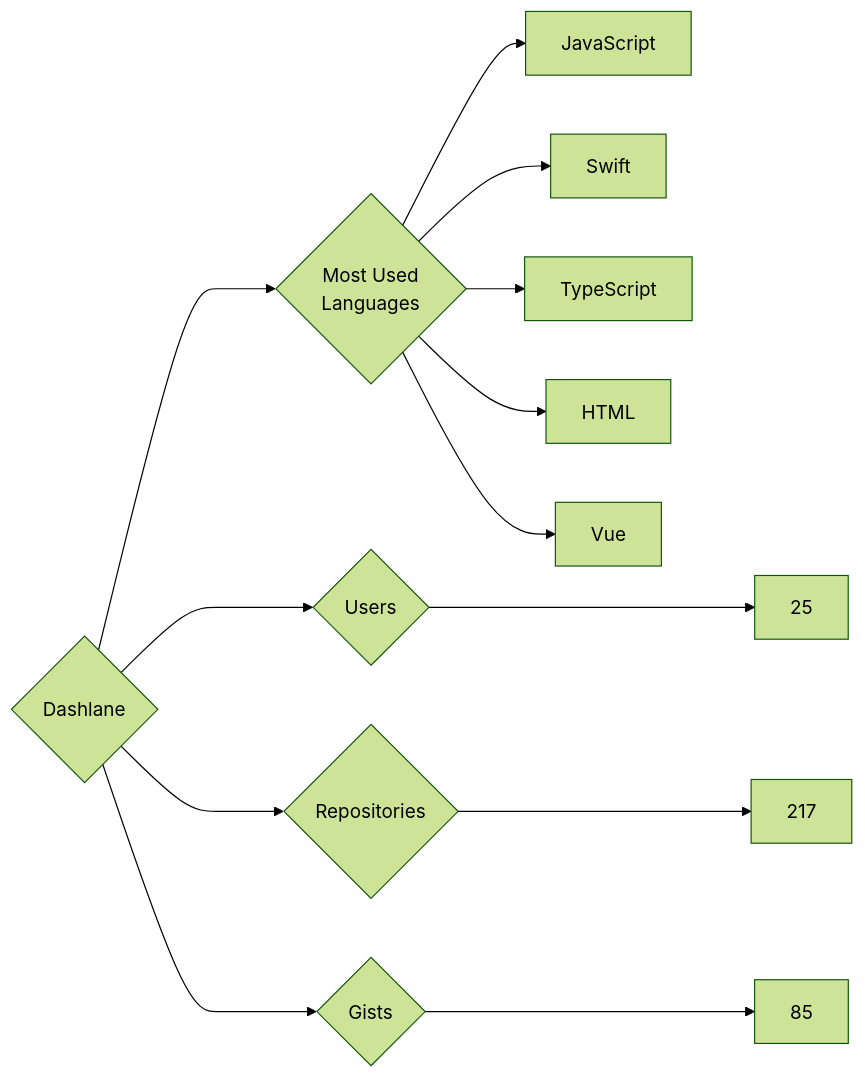
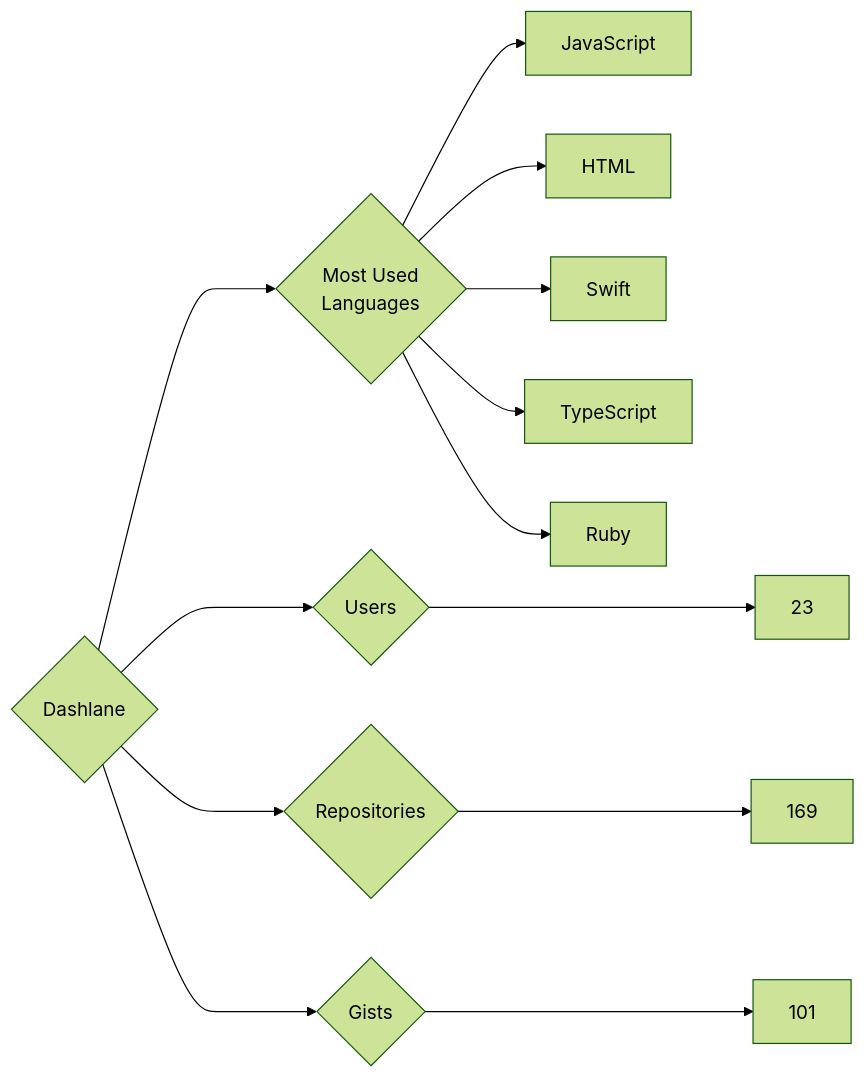
One commit to trickest/insiders changed the diagram in targets/Dashlane/README.md. Above: the diagram before and after it, drawn with Mermaid (forest theme). The commit also changed 861 other files, not shown here.

````diff
--- a/targets/Dashlane/README.md
+++ b/targets/Dashlane/README.md
@@ -3,13 +3,13 @@
 ```mermaid
 graph LR
 COMPANY_NAME{Dashlane}
-COMPANY_NAME ---> U{Users} ---> UN[25]
-COMPANY_NAME ---> R{Repositories} ---> RN[217]
-COMPANY_NAME ---> G{Gists} ---> GN[85]
+COMPANY_NAME ---> U{Users} ---> UN[23]
+COMPANY_NAME ---> R{Repositories} ---> RN[169]
+COMPANY_NAME ---> G{Gists} ---> GN[101]
 COMPANY_NAME ---> ML{Most Used<br>Languages}
 ML --> JavaScript[JavaScript]
+ML --> HTML[HTML]
 ML --> Swift[Swift]
 ML --> TypeScript[TypeScript]
-ML --> HTML[HTML]
-ML --> Vue[Vue]
+ML --> Ruby[Ruby]
 ```
````
